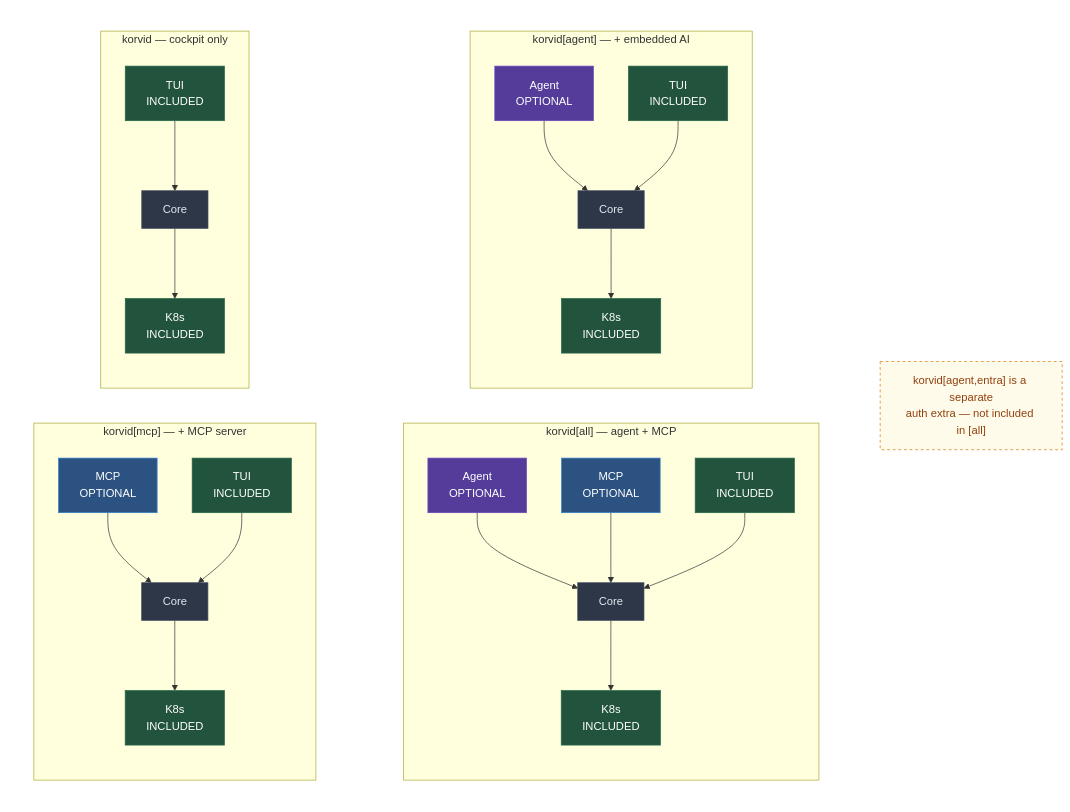
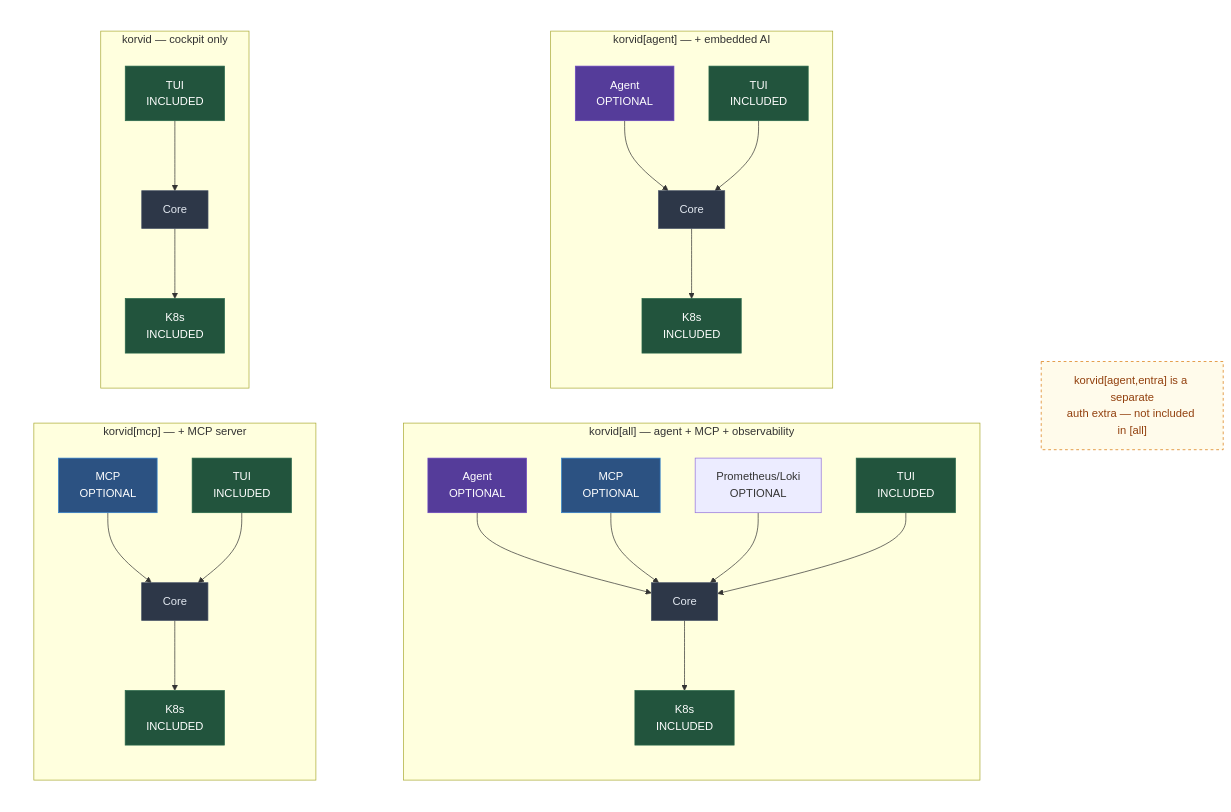
One commit to hellices/korvid changed the second of 2 diagrams in docs/overview.md. Above: the diagram before and after it, drawn with Mermaid. The commit also changed other lines of this file and 13 other files, not shown here.

````diff
--- a/docs/overview.md
+++ b/docs/overview.md
@@ -168,74 +173,76 @@
 ```mermaid
 flowchart TB
     subgraph ROW1["  "]
         direction LR
-        subgraph C4["korvid[all]  —  agent + MCP"]
+        subgraph C4["korvid[all]  —  agent + MCP + observability"]
             direction TB
             C4A["Agent<br/>OPTIONAL"]
             C4M["MCP<br/>OPTIONAL"]
+            C4O["Prometheus/Loki<br/>OPTIONAL"]
             C4T["TUI<br/>INCLUDED"]
             C4R["Core"]
             C4K["K8s<br/>INCLUDED"]
             C4A --> C4R
             C4M --> C4R
+            C4O --> C4R
             C4T --> C4R --> C4K
         end
 
         subgraph C2["korvid[agent]  —  + embedded AI"]
             direction TB
             C2A["Agent<br/>OPTIONAL"]
             C2T["TUI<br/>INCLUDED"]
             C2R["Core"]
             C2K["K8s<br/>INCLUDED"]
             C2A --> C2R
             C2T --> C2R --> C2K
         end
     end
 
     subgraph ROW2["  "]
         direction LR
         subgraph C3["korvid[mcp]  —  + MCP server"]
             direction TB
             C3M["MCP<br/>OPTIONAL"]
             C3T["TUI<br/>INCLUDED"]
             C3R["Core"]
             C3K["K8s<br/>INCLUDED"]
             C3M --> C3R
             C3T --> C3R --> C3K
         end
 
         subgraph C1["korvid  —  cockpit only"]
             direction TB
             C1T["TUI<br/>INCLUDED"]
             C1R["Core"]
             C1K["K8s<br/>INCLUDED"]
             C1T --> C1R --> C1K
         end
     end
 
     NOTE["korvid[agent,entra] is a separate<br/>auth extra — not included in [all]"]
 
     style ROW1 fill:none,stroke:none
     style ROW2 fill:none,stroke:none
     style NOTE fill:#fffbeb,color:#92400e,stroke:#d97706,stroke-dasharray: 4 4
 
     style C1T fill:#22543d,color:#fff,stroke:#276749
     style C1R fill:#2d3748,color:#e2e8f0,stroke:#4a5568
     style C1K fill:#22543d,color:#fff,stroke:#276749
 
     style C2T fill:#22543d,color:#fff,stroke:#276749
     style C2A fill:#553c9a,color:#fff,stroke:#6b46c1
     style C2R fill:#2d3748,color:#e2e8f0,stroke:#4a5568
     style C2K fill:#22543d,color:#fff,stroke:#276749
 
     style C3T fill:#22543d,color:#fff,stroke:#276749
     style C3M fill:#2c5282,color:#fff,stroke:#3182ce
     style C3R fill:#2d3748,color:#e2e8f0,stroke:#4a5568
     style C3K fill:#22543d,color:#fff,stroke:#276749
 
     style C4T fill:#22543d,color:#fff,stroke:#276749
     style C4A fill:#553c9a,color:#fff,stroke:#6b46c1
     style C4M fill:#2c5282,color:#fff,stroke:#3182ce
     style C4R fill:#2d3748,color:#e2e8f0,stroke:#4a5568
     style C4K fill:#22543d,color:#fff,stroke:#276749
 ```
````
